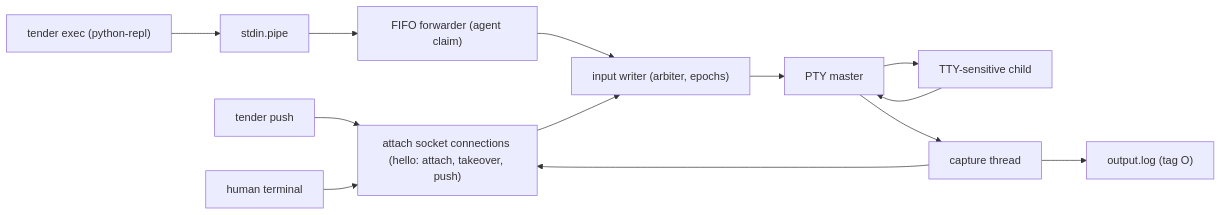
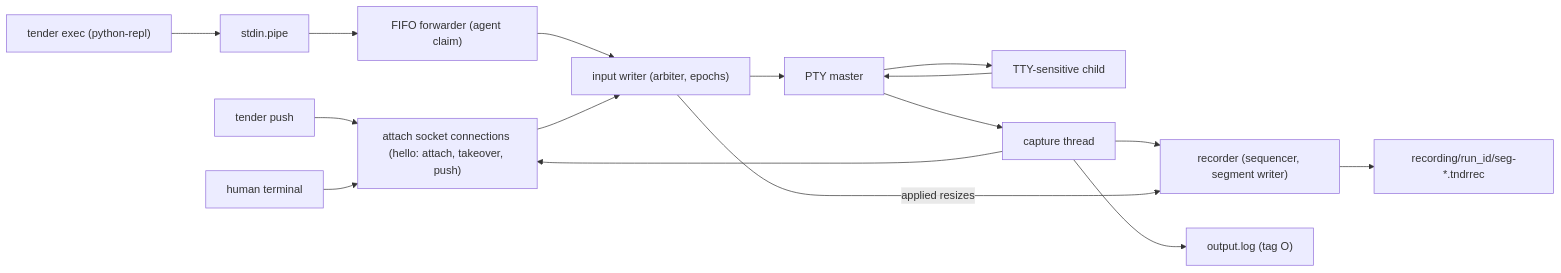
One commit to grumpydevorg/agenttender changed the second of 2 diagrams in docs/architecture/04-pty-lane.md. Above: the diagram before and after it, drawn with Mermaid. The commit also changed other lines of this file and 9 other files, not shown here.

First line of the commit message:
feat(pty): record PTY output and applied resizes exactly, with explicit stops

````diff
--- a/docs/architecture/04-pty-lane.md
+++ b/docs/architecture/04-pty-lane.md
@@ -67,15 +84,18 @@
 ```mermaid
 flowchart LR
     Push["tender push"] --> Attach
     Exec["tender exec (python-repl)"] --> FIFO["stdin.pipe"]
     FIFO --> Forwarder["FIFO forwarder (agent claim)"]
     Human["human terminal"] --> Attach["attach socket connections (hello: attach, takeover, push)"]
     Forwarder --> Writer["input writer (arbiter, epochs)"]
     Attach --> Writer
     Writer --> PTY["PTY master"]
     PTY --> Child["TTY-sensitive child"]
     Child --> PTY
     PTY --> Capture["capture thread"]
+    Capture --> Recorder["recorder (sequencer, segment writer)"]
+    Writer -- "applied resizes" --> Recorder
+    Recorder --> Segments["recording/run_id/seg-*.tndrrec"]
     Capture --> Log["output.log (tag O)"]
     Capture --> Attach
 ```
````
